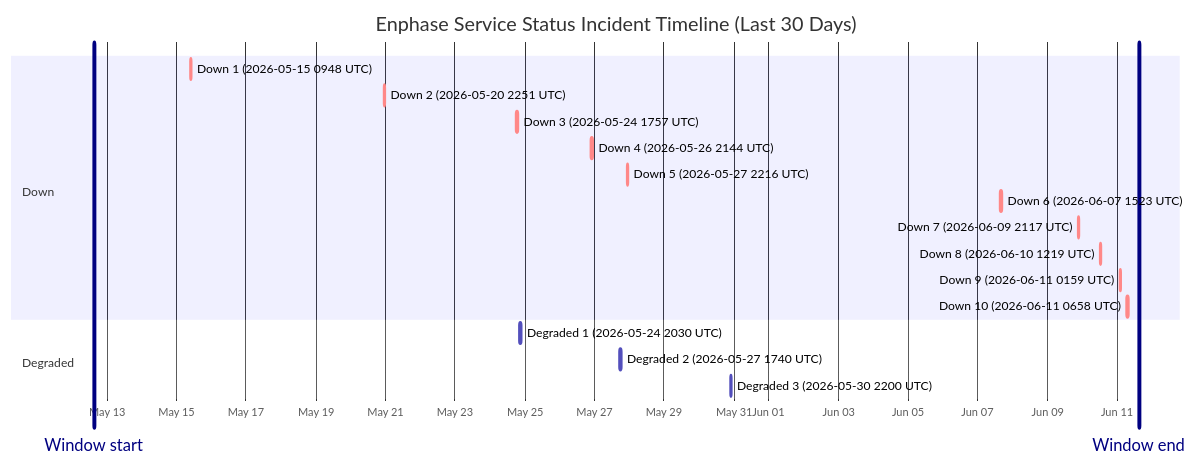
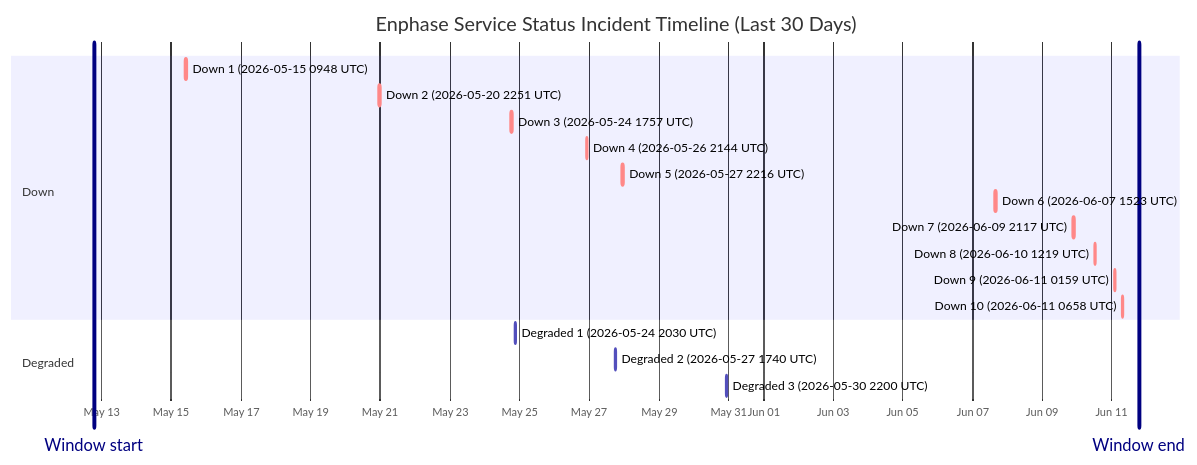
The diagram in wiki/Service-Status-History.md (barneyonline/ha-enphase-energy), drawn with Mermaid before and after one commit. The commit also changed other lines of this file and 3 other files, not shown here.

````diff
--- a/wiki/Service-Status-History.md
+++ b/wiki/Service-Status-History.md
@@ -14,23 +14,23 @@
 ```mermaid
 gantt
     title Enphase Service Status Incident Timeline (Last 30 Days)
     dateFormat  YYYY-MM-DDTHH:mm:ss
     axisFormat  %b %d
-    Window start :vert, window-start, 2026-05-12T15:03:35, 0ms
-    Window end :vert, window-end, 2026-06-11T15:03:35, 0ms
+    Window start :vert, window-start, 2026-05-12T18:34:20, 0ms
+    Window end :vert, window-end, 2026-06-11T18:34:20, 0ms
     section Down
     Down 1 (2026-05-15 0948 UTC) :crit, down-1, 2026-05-15T09:48:18, 60m
     Down 2 (2026-05-20 2251 UTC) :crit, down-2, 2026-05-20T22:51:14, 75m
     Down 3 (2026-05-24 1757 UTC) :crit, down-3, 2026-05-24T17:57:41, 86m
     Down 4 (2026-05-26 2144 UTC) :crit, down-4, 2026-05-26T21:44:11, 85m
     Down 5 (2026-05-27 2216 UTC) :crit, down-5, 2026-05-27T22:16:53, 87m
     Down 6 (2026-06-07 1523 UTC) :crit, down-6, 2026-06-07T15:23:22, 87m
     Down 7 (2026-06-09 2117 UTC) :crit, down-7, 2026-06-09T21:17:17, 60m
     Down 8 (2026-06-10 1219 UTC) :crit, down-8, 2026-06-10T12:19:21, 60m
     Down 9 (2026-06-11 0159 UTC) :crit, down-9, 2026-06-11T01:59:36, 60m
     Down 10 (2026-06-11 0658 UTC) :crit, down-10, 2026-06-11T06:58:45, 60m
     section Degraded
     Degraded 1 (2026-05-24 2030 UTC) :active, degraded-1, 2026-05-24T20:30:57, 84m
     Degraded 2 (2026-05-27 1740 UTC) :active, degraded-2, 2026-05-27T17:40:52, 60m
     Degraded 3 (2026-05-30 2200 UTC) :active, degraded-3, 2026-05-30T22:00:37, 60m
 ```
````
